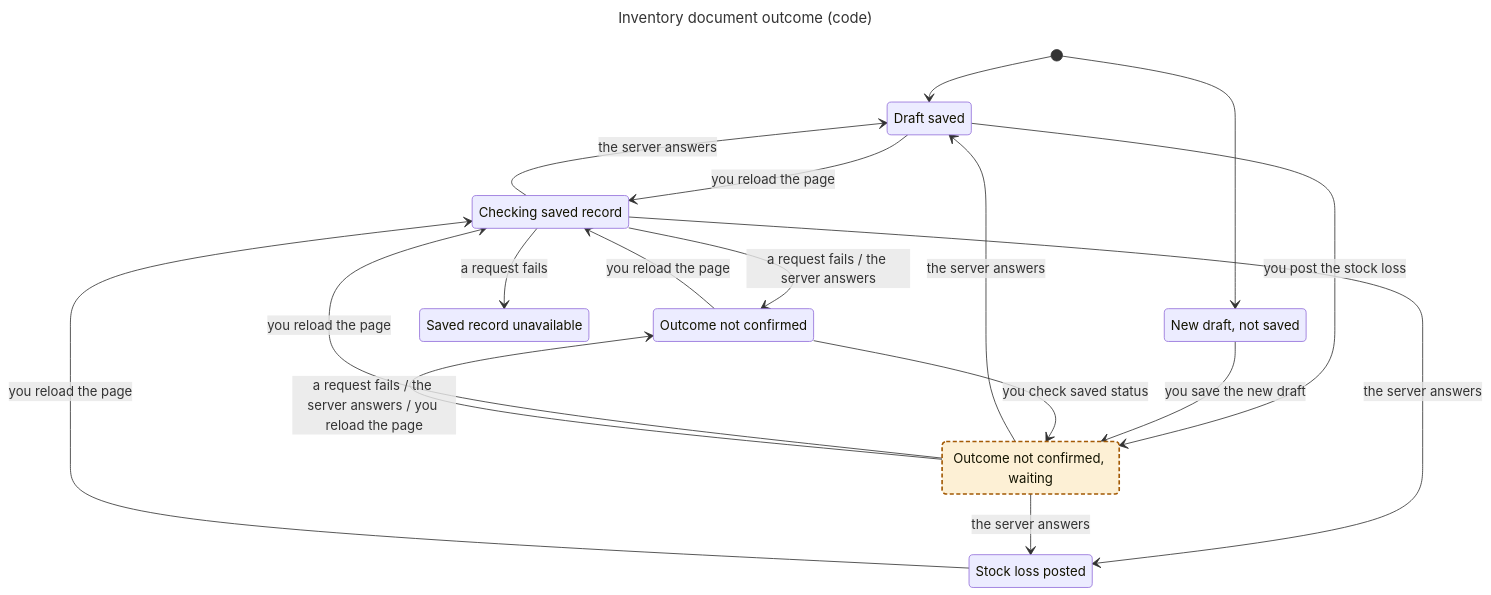
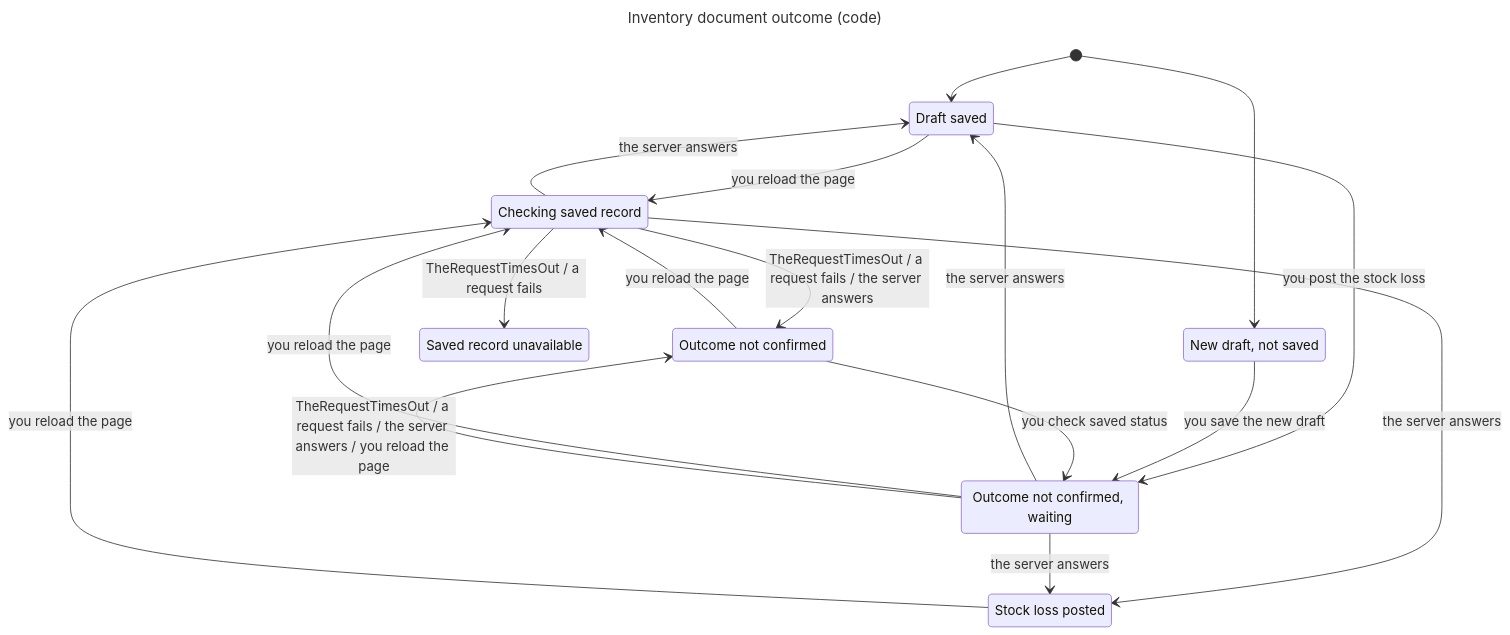
One commit to nareshshah139/Clinic_Management_System changed the diagram in verification/state-machines/document-knowledge/results/code.mmd. Above: the diagram before and after it, drawn with Mermaid. The commit also changed 16 other files, not shown here.

```diff
--- a/verification/state-machines/document-knowledge/results/code.mmd
+++ b/verification/state-machines/document-knowledge/results/code.mmd
@@ -1,31 +1,30 @@
 ---
 title: "Inventory document outcome (code)"
 ---
 stateDiagram-v2
   state "Draft saved" as s0
   state "New draft, not saved" as s1
   state "Checking saved record" as s2
   state "Outcome not confirmed, waiting" as s3
   state "Outcome not confirmed" as s4
   state "Saved record unavailable" as s5
   state "Stock loss posted" as s6
   [*] --> s0
   [*] --> s1
   s0 --> s2: you reload the page
   s0 --> s3: you post the stock loss
   s1 --> s3: you save the new draft
   s2 --> s0: the server answers
-  s2 --> s4: a request fails / the server answers
-  s2 --> s5: a request fails
+  s2 --> s4: TheRequestTimesOut / a request fails / the server answers
+  s2 --> s5: TheRequestTimesOut / a request fails
   s2 --> s6: the server answers
   s3 --> s0: the server answers
   s3 --> s2: you reload the page
-  s3 --> s4: a request fails / the server answers / you reload the page
+  s3 --> s4: TheRequestTimesOut / a request fails / the server answers / you reload the page
   s3 --> s6: the server answers
   s4 --> s2: you reload the page
   s4 --> s3: you check saved status
   s6 --> s2: you reload the page
   classDef breaks fill:#fde2dd,stroke:#b3261e,stroke-width:2px
   classDef stuck fill:#fdf0d5,stroke:#a35a05,stroke-width:2px,stroke-dasharray:5 3
   classDef breaksAndStuck fill:#fde2dd,stroke:#a35a05,stroke-width:2px,stroke-dasharray:5 3
-  class s3 stuck
```
